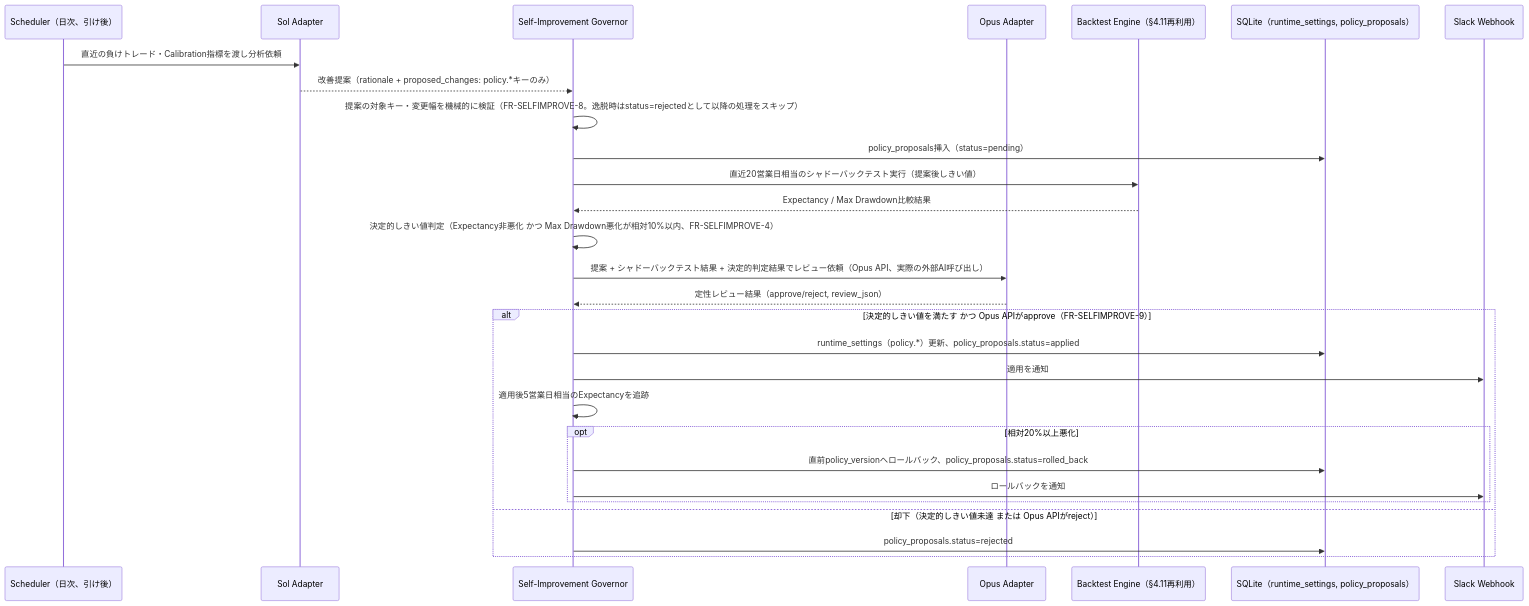
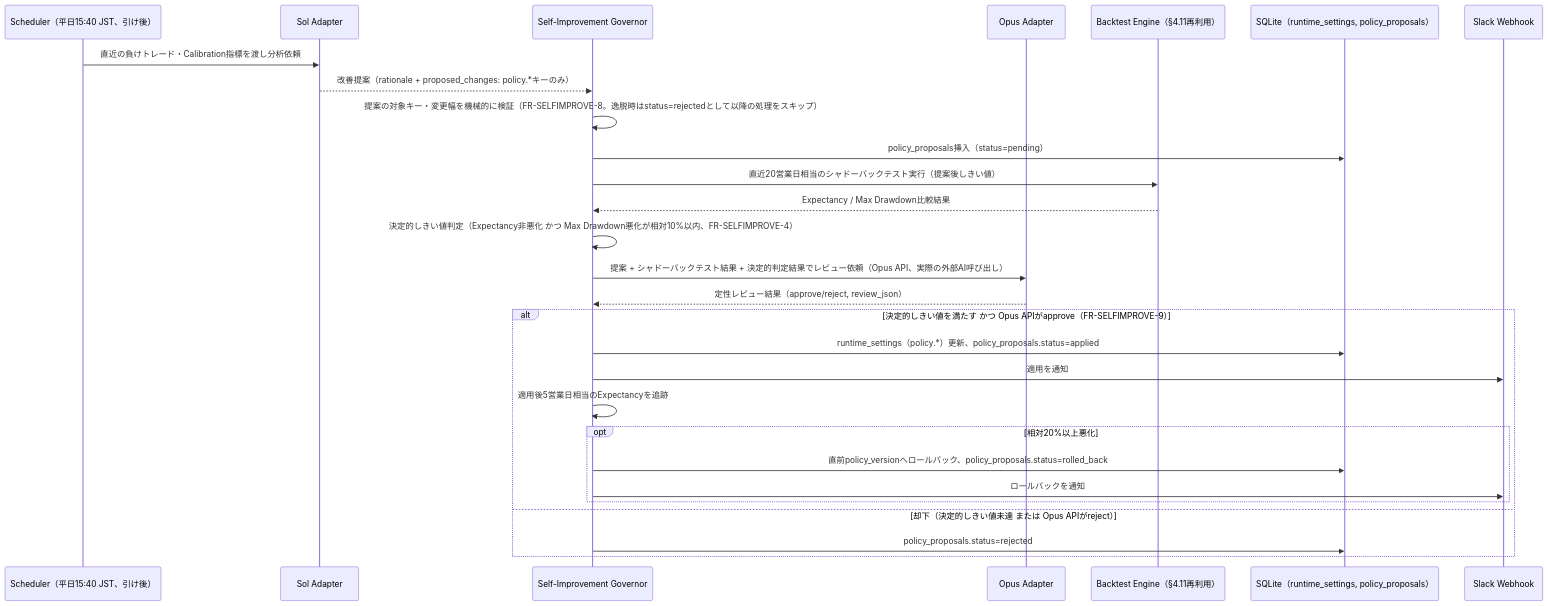
One commit to ousiassllc/pitha-trador changed the second of 4 diagrams in docs/architecture/overview/integrations.md. Above: the diagram before and after it, drawn with Mermaid. The commit also changed 6 other files, not shown here.

````diff
--- a/docs/architecture/overview/integrations.md
+++ b/docs/architecture/overview/integrations.md
@@ -49,31 +49,31 @@
 ```mermaid
 sequenceDiagram
-    participant SCHED as Scheduler（日次、引け後）
+    participant SCHED as Scheduler（平日15:40 JST、引け後）
     participant SOL as Sol Adapter
     participant GOV as Self-Improvement Governor
     participant OPUS as Opus Adapter
     participant BT as Backtest Engine（§4.11再利用）
     participant DB as SQLite（runtime_settings, policy_proposals）
     participant SLACK as Slack Webhook
 
     SCHED->>SOL: 直近の負けトレード・Calibration指標を渡し分析依頼
     SOL-->>GOV: 改善提案（rationale + proposed_changes: policy.*キーのみ）
     GOV->>GOV: 提案の対象キー・変更幅を機械的に検証（FR-SELFIMPROVE-8。逸脱時はstatus=rejectedとして以降の処理をスキップ）
     GOV->>DB: policy_proposals挿入（status=pending）
     GOV->>BT: 直近20営業日相当のシャドーバックテスト実行（提案後しきい値）
     BT-->>GOV: Expectancy / Max Drawdown比較結果
     GOV->>GOV: 決定的しきい値判定（Expectancy非悪化 かつ Max Drawdown悪化が相対10%以内、FR-SELFIMPROVE-4）
     GOV->>OPUS: 提案 + シャドーバックテスト結果 + 決定的判定結果でレビュー依頼（Opus API、実際の外部AI呼び出し）
     OPUS-->>GOV: 定性レビュー結果（approve/reject, review_json）
     alt 決定的しきい値を満たす かつ Opus APIがapprove（FR-SELFIMPROVE-9）
         GOV->>DB: runtime_settings（policy.*）更新、policy_proposals.status=applied
         GOV->>SLACK: 適用を通知
         GOV->>GOV: 適用後5営業日相当のExpectancyを追跡
         opt 相対20%以上悪化
             GOV->>DB: 直前policy_versionへロールバック、policy_proposals.status=rolled_back
             GOV->>SLACK: ロールバックを通知
         end
     else 却下（決定的しきい値未達 または Opus APIがreject）
         GOV->>DB: policy_proposals.status=rejected
     end
 ```
````
